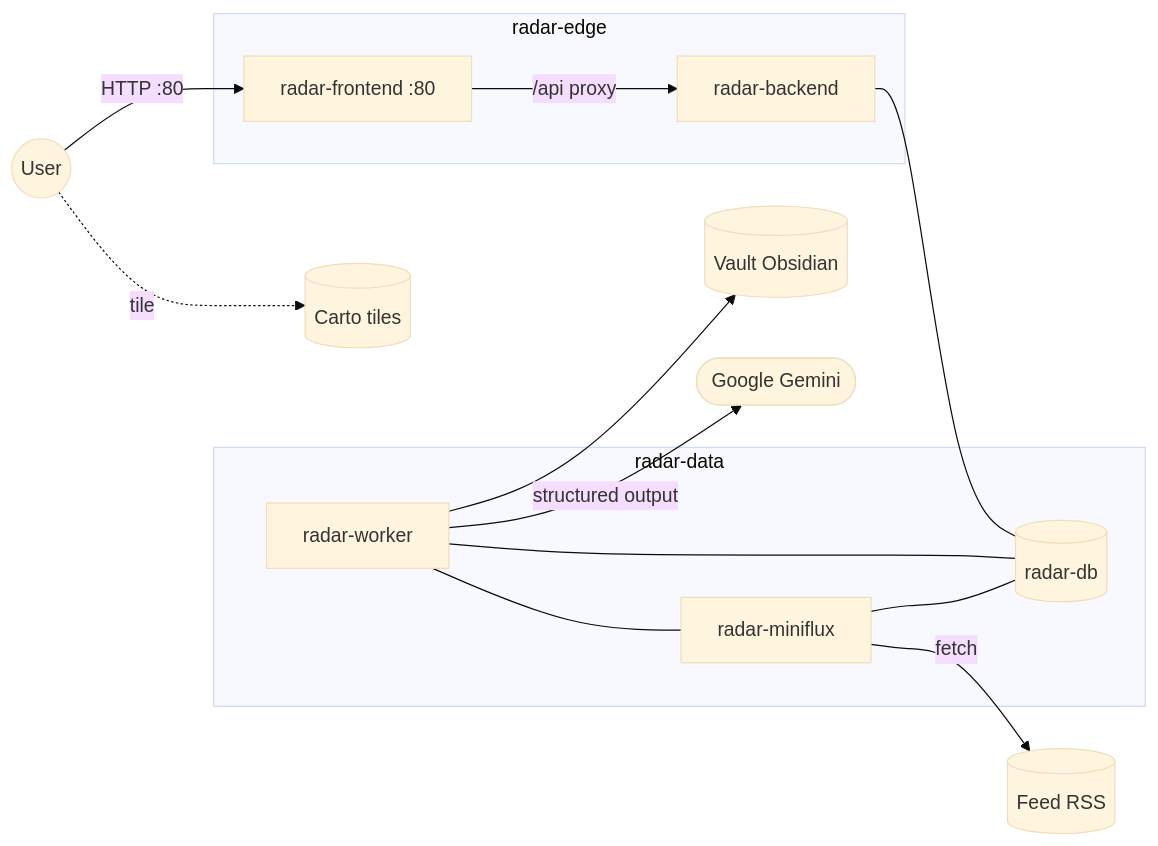
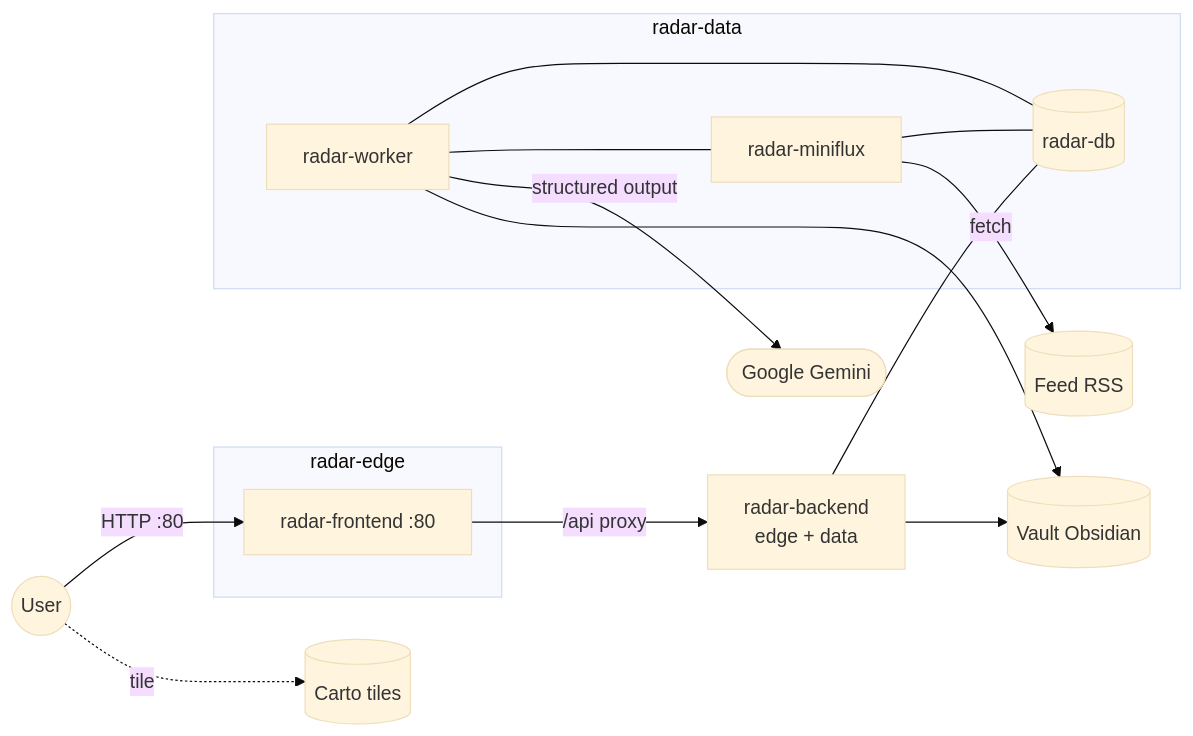
One commit to JiraaG/Intelligence-Dashboard changed the diagram in README.md. Above: the diagram before and after it, drawn with Mermaid (base theme). The commit also changed other lines of this file and 31 other files, not shown here.

````diff
--- a/README.md
+++ b/README.md
@@ -37,27 +51,28 @@
 ```mermaid
 flowchart LR
   User((User))
   subgraph edge["radar-edge"]
     FE[radar-frontend :80]
-    API[radar-backend]
   end
+  API[radar-backend<br/>edge + data]
   subgraph dataNet["radar-data"]
     W[radar-worker]
     DB[(radar-db)]
     MF[radar-miniflux]
   end
   Vault[(Vault Obsidian)]
   Gemini([Google Gemini])
   Carto[(Carto tiles)]
   RSS[(Feed RSS)]
   User -->|HTTP :80| FE
   User -.->|tile| Carto
   FE -->|/api proxy| API
   API --- DB
   W --- DB
   W --- MF
   W -->|structured output| Gemini
   W --> Vault
+  API --> Vault
   MF --- DB
   MF -->|fetch| RSS
 ```
````
